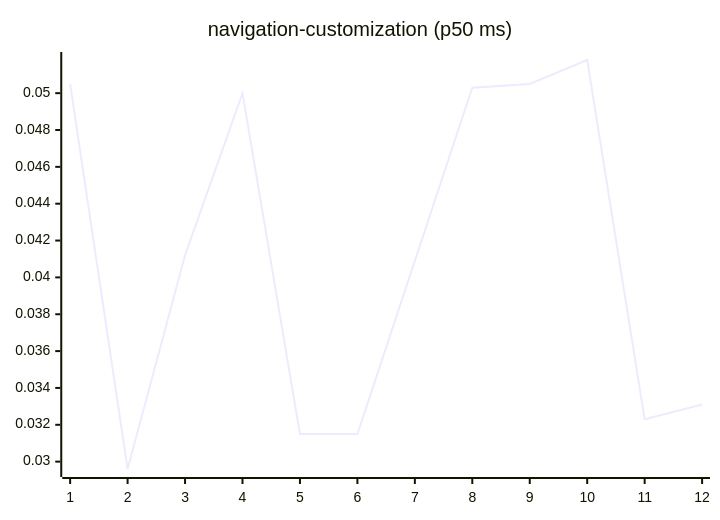
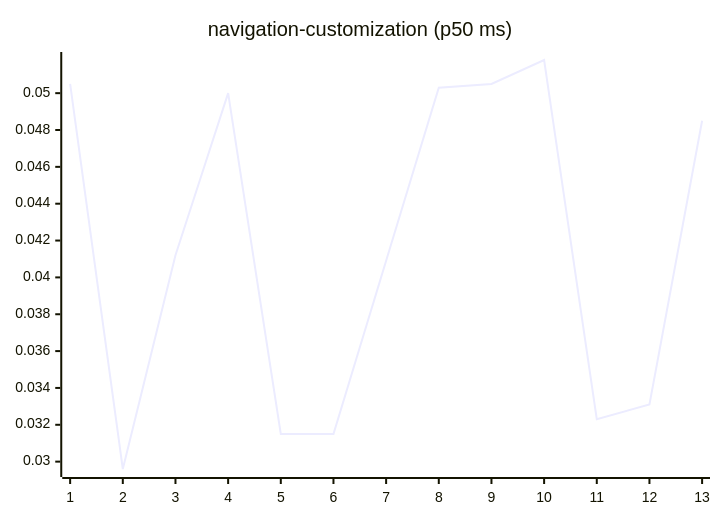
One commit to josha/Facet changed diagram 15 of 27 in README.md. Above: the diagram before and after it, drawn with Mermaid. The commit also changed other lines of this file and 2 other files, not shown here.

````diff
--- a/README.md
+++ b/README.md
@@ -161,6 +161,6 @@
 ```mermaid
 xychart-beta
     title "navigation-customization (p50 ms)"
-    x-axis 1 --> 12
-    line [0.0505, 0.0296, 0.0412, 0.0500, 0.0315, 0.0315, 0.0409, 0.0503, 0.0505, 0.0518, 0.0323, 0.0331]
+    x-axis 1 --> 13
+    line [0.0505, 0.0296, 0.0412, 0.0500, 0.0315, 0.0315, 0.0409, 0.0503, 0.0505, 0.0518, 0.0323, 0.0331, 0.0485]
 ```
````
